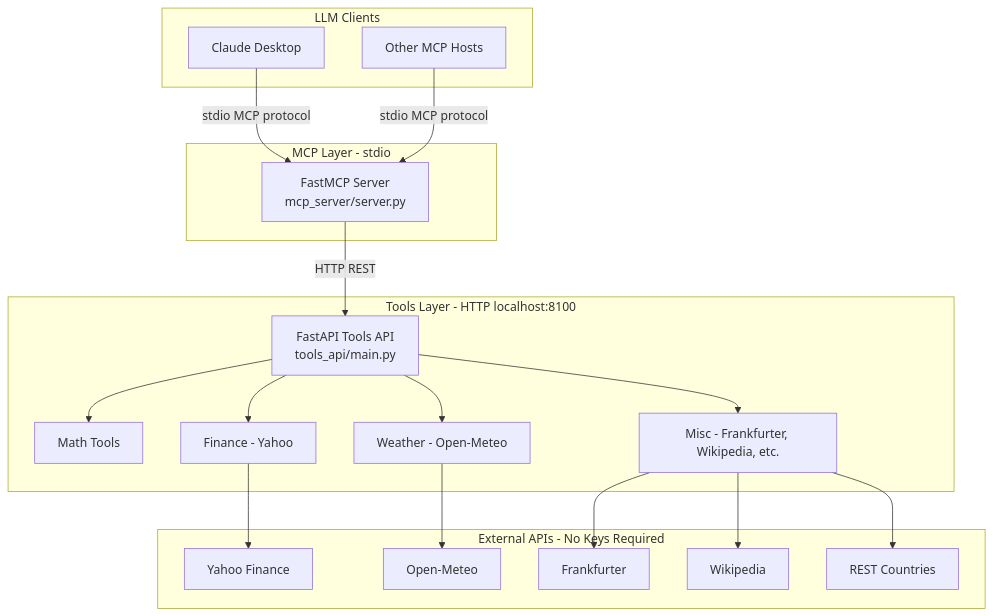
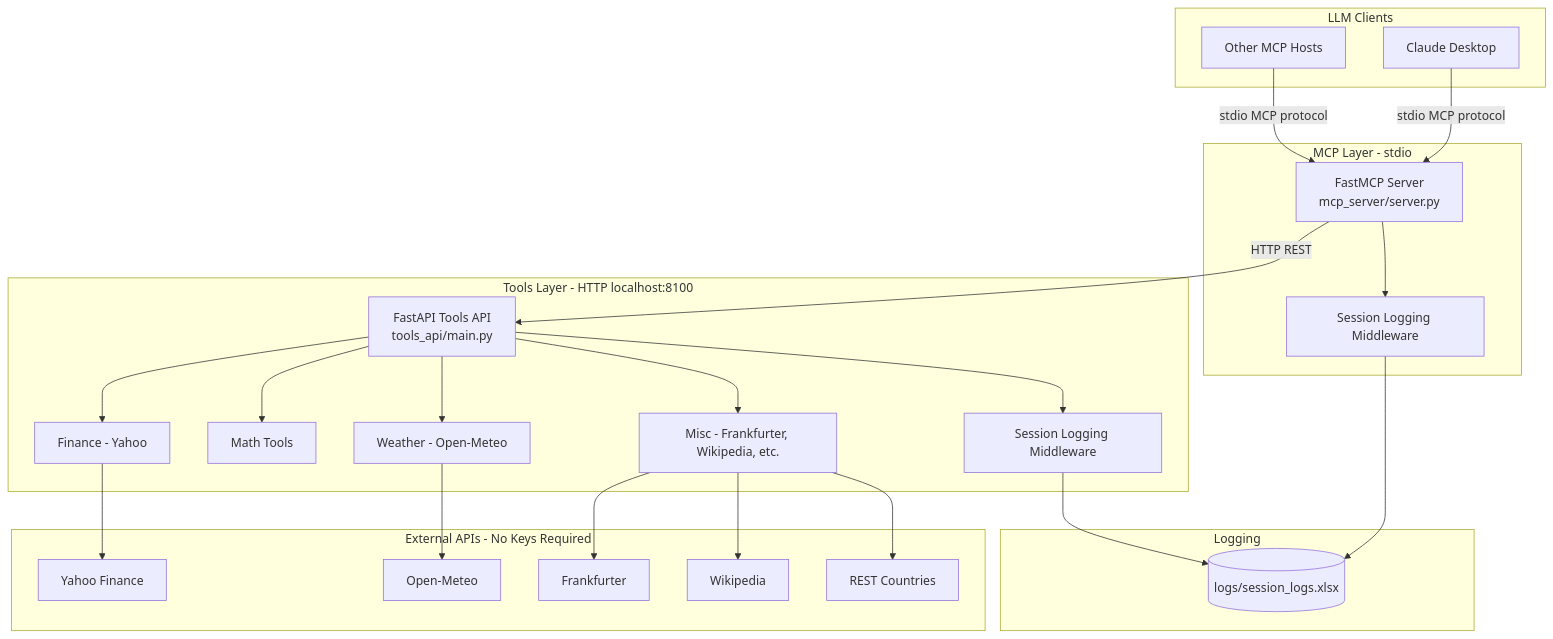
Before and after one commit to bharathsp/claude-desktop-fastmcp-tools: the first of 6 diagrams in README.md, drawn with Mermaid. The commit also changed other lines of this file and 1 other file, not shown here.

````diff
--- a/README.md
+++ b/README.md
@@ -7,40 +7,48 @@
 ```mermaid
 flowchart TB
     subgraph clients [LLM Clients]
         CD[Claude Desktop]
         Other[Other MCP Hosts]
     end
 
     subgraph mcp_layer [MCP Layer - stdio]
         MCP[FastMCP Server<br/>mcp_server/server.py]
+        LogMCP[Session Logging Middleware]
     end
 
     subgraph tools_layer [Tools Layer - HTTP localhost:8100]
         API[FastAPI Tools API<br/>tools_api/main.py]
+        LogAPI[Session Logging Middleware]
         Math[Math Tools]
         Finance[Finance - Yahoo]
         Weather[Weather - Open-Meteo]
         Misc[Misc - Frankfurter, Wikipedia, etc.]
+    end
+
+    subgraph storage [Logging]
+        Excel[(logs/session_logs.xlsx)]
     end
 
     subgraph external [External APIs - No Keys Required]
         YF[Yahoo Finance]
         OM[Open-Meteo]
         FF[Frankfurter]
         Wiki[Wikipedia]
         RC[REST Countries]
     end
 
     CD -->|stdio MCP protocol| MCP
     Other -->|stdio MCP protocol| MCP
+    MCP --> LogMCP --> Excel
     MCP -->|HTTP REST| API
+    API --> LogAPI --> Excel
     API --> Math
     API --> Finance
     API --> Weather
     API --> Misc
     Finance --> YF
     Weather --> OM
     Misc --> FF
     Misc --> Wiki
     Misc --> RC
 ```
````
